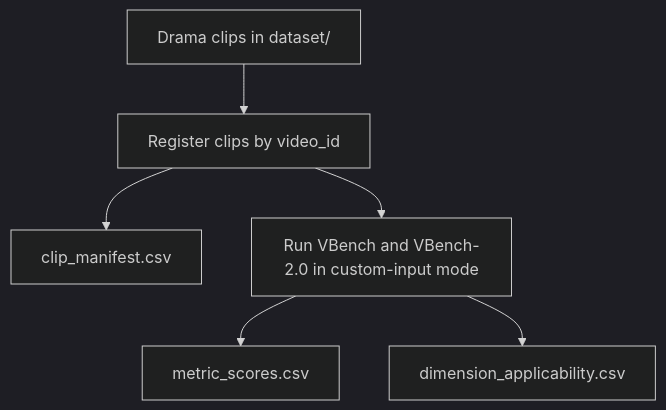
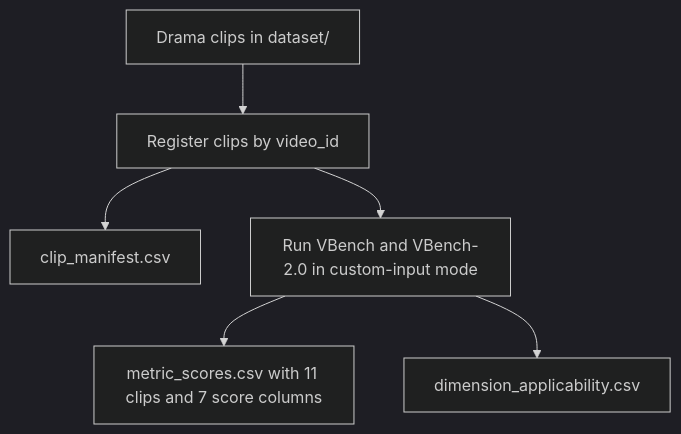
One commit to DraPraks/glupov changed the first of 2 diagrams in docs/rq1_pipeline.md. Above: the diagram before and after it, drawn with Mermaid (dark theme). The commit also changed other lines of this file, not shown here.

````diff
--- a/docs/rq1_pipeline.md
+++ b/docs/rq1_pipeline.md
@@ -7,8 +7,8 @@
 ```mermaid
 flowchart TD
     clips["Drama clips in dataset/"] --> registry["Register clips by video_id"]
     registry --> manifest["clip_manifest.csv"]
     registry --> scoring["Run VBench and VBench-2.0 in custom-input mode"]
-    scoring --> metrics["metric_scores.csv"]
+    scoring --> metrics["metric_scores.csv with 11 clips and 7 score columns"]
     scoring --> applicability["dimension_applicability.csv"]
 ```
````
